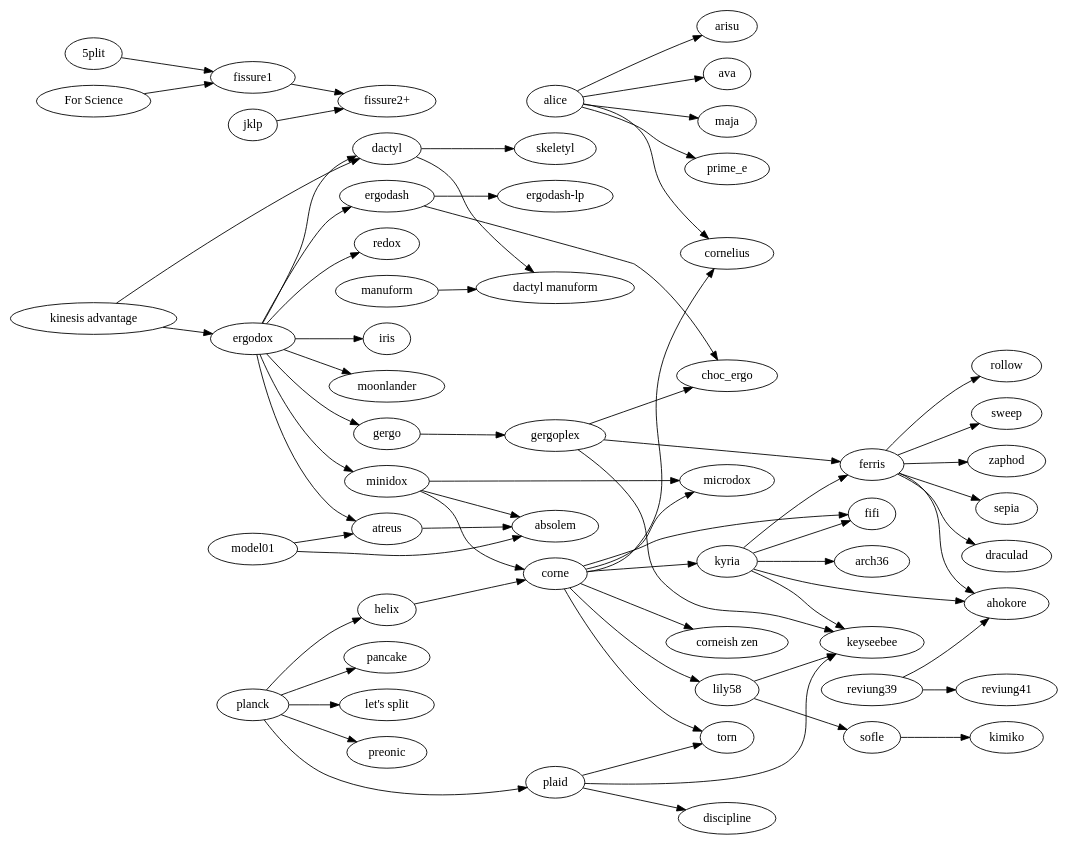
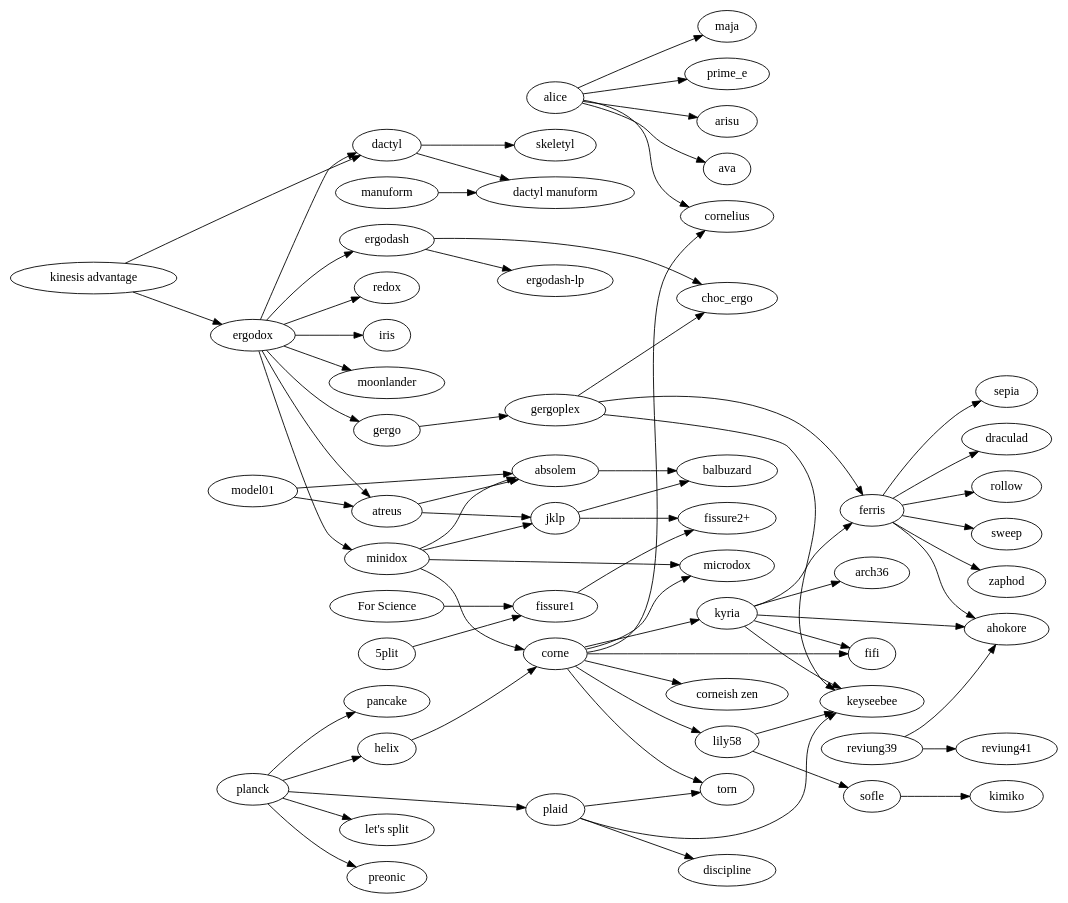
The diagram in tree.gv (petejohanson/mk-family-tree), drawn with Graphviz before and after one commit.

Commit message:
Add jklp and Balbuzard

```diff
--- a/tree.gv
+++ b/tree.gv
@@ -1,129 +1,133 @@
 digraph {
   rankdir=LR;
 
   subgraph splits {
     helix -> corne;
 
     corne -> {
       "corneish zen";
       cornelius;
       fifi;
       kyria;
       lily58;
       microdox;
       torn;
     };
 
     lily58 -> {
       keyseebee;
       sofle;
     };
 
     kyria -> {
         ahokore;
         arch36;
         ferris;
         fifi;
         keyseebee;
     };
 
     "kinesis advantage" -> {
       ergodox;
       dactyl;
     };
 
     ergodox -> {
       atreus;
       dactyl;
       ergodash;
       gergo;
       iris;
       minidox;
       moonlander;
       redox;
     };
 
     ergodash -> {
       "ergodash-lp";
       choc_ergo;
     };
 
     gergo -> gergoplex;
     gergoplex -> {
       choc_ergo;
       ferris;
       keyseebee;
     };
 
     ferris -> {
       ahokore;
       sepia;
       draculad;
       rollow;
       sweep;
       zaphod;
     };
 
     manuform -> "dactyl manuform";
 
     minidox -> {
       absolem;
       corne;
       microdox;
+      jklp;
     };
 
     model01 -> {
       absolem;
       atreus;
     };
 
     sofle -> kimiko;
 
     "5plit" -> "fissure1";
     "For Science" -> "fissure1";
     fissure1 -> "fissure2+";
     jklp -> "fissure2+";
   }
 
   subgraph unibody {
     atreus -> {
       absolem;
+      jklp;
     };
+    jklp -> balbuzard;
+    absolem -> balbuzard;
     reviung39 -> {
       ahokore;
       reviung41;
     };
   };
 
   subgraph ortholinear {
     plaid -> {
       discipline;
       keyseebee;
       torn;
     };
     planck -> {
       helix;
       "let's split";
       plaid;
       preonic;
       pancake;
     };
   }
 
   subgraph {
     dactyl -> {
       "dactyl manuform";
       skeletyl;
     }
   }
 
   subgraph alicefamily {
     alice -> {
       arisu;
       ava;
       cornelius;
       maja;
       prime_e;
     }
   }
 }
```
